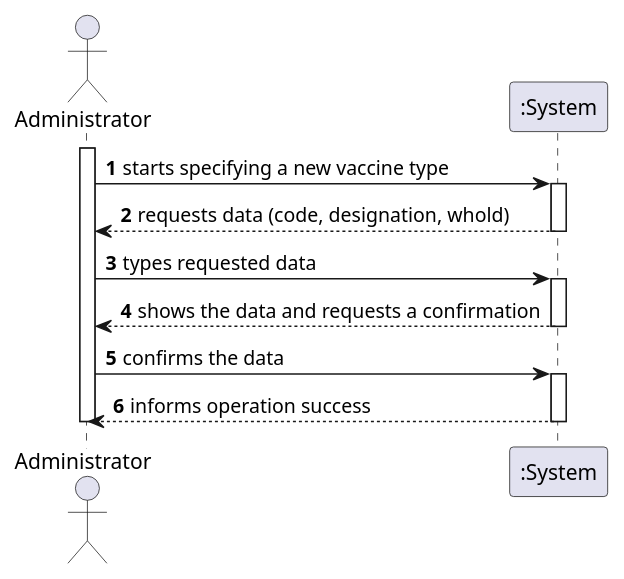
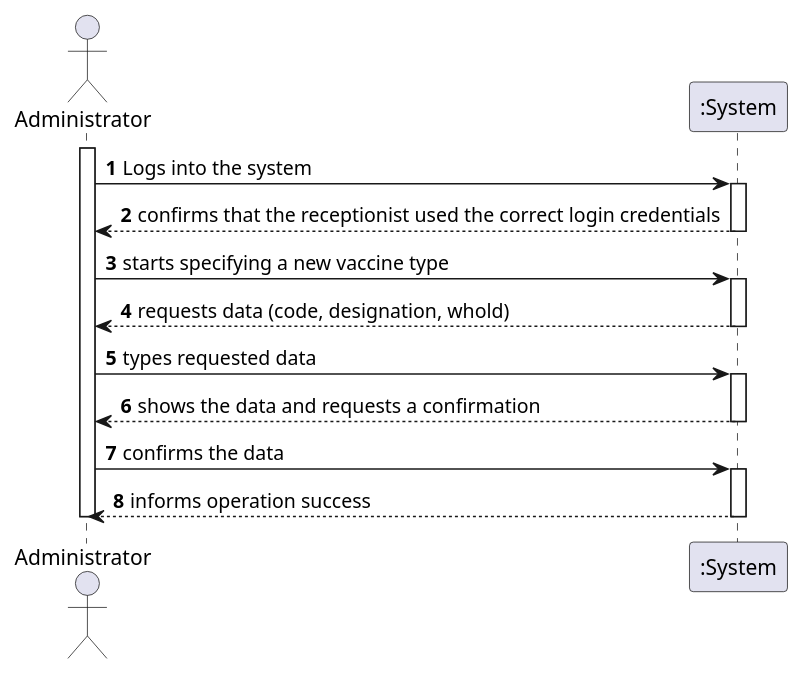
The diagram in docs/SprintB/US/US12/US012_SSD.puml (PedroMesquita1211171/VaccinationManager), drawn with PlantUML before and after one commit. The commit also changed 2 other files, not shown here.

```diff
--- a/docs/SprintB/US/US12/US012_SSD.puml
+++ b/docs/SprintB/US/US12/US012_SSD.puml
@@ -1,23 +1,29 @@
 @startuml
 autonumber
 actor "Administrator" as ADM
 
 activate ADM
+
+ADM -> ":System" : Logs into the system
+activate ":System"
+":System" --> ADM : confirms that the receptionist used the correct login credentials
+deactivate ":System"
+
 ADM -> ":System" : starts specifying a new vaccine type
 activate ":System"
 ":System" --> ADM : requests data (code, designation, whold)
 deactivate ":System"
 
 ADM -> ":System" : types requested data
 activate ":System"
 ":System" --> ADM : shows the data and requests a confirmation
 deactivate ":System"
 
 ADM -> ":System" : confirms the data
 activate ":System"
 ":System" --> ADM : informs operation success
 deactivate ":System"
 
 deactivate ADM
 
 @enduml
```
